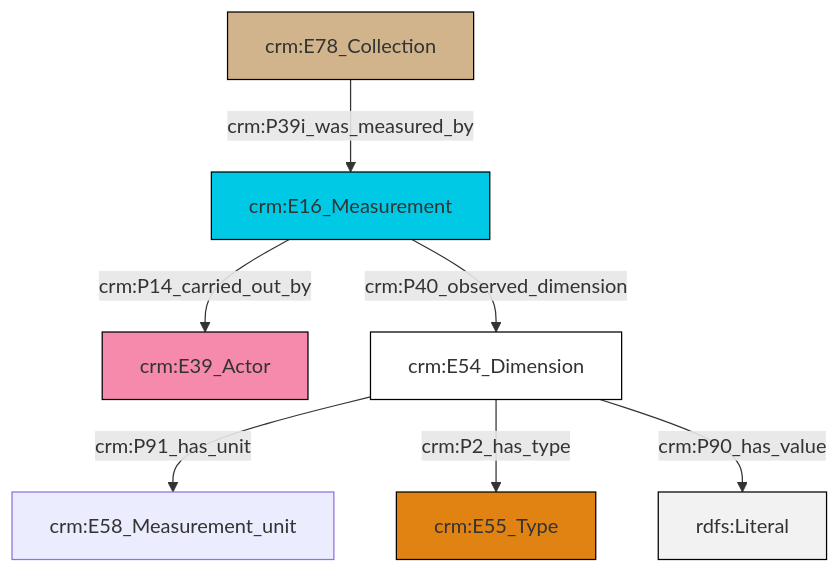
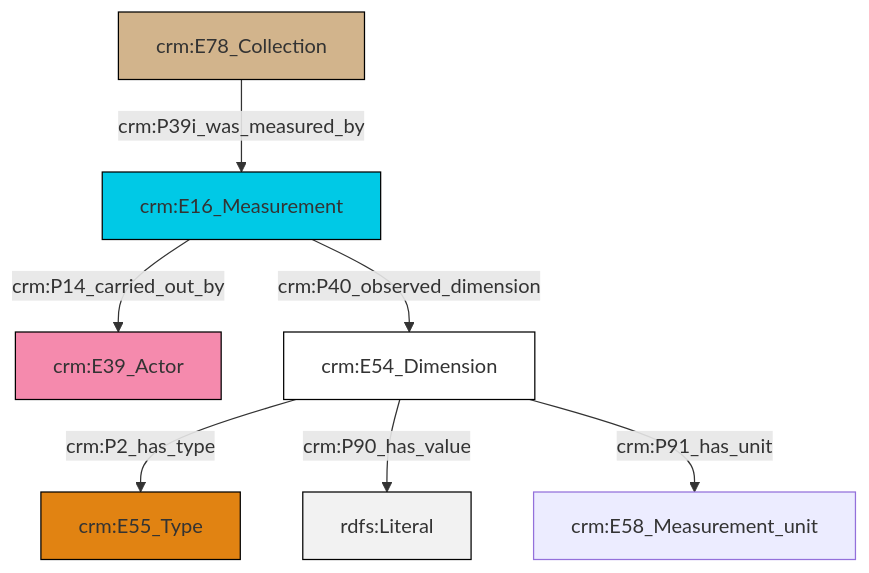
One commit to swiss-art-research-net/docs.swissartresearch changed the diagram in et/archivalCSV/ttl/mmd/archival_substance.ttl.mmd. Above: the diagram before and after it, drawn with Mermaid. The commit also changed 201 other files, not shown here.

```diff
--- a/et/archivalCSV/ttl/mmd/archival_substance.ttl.mmd
+++ b/et/archivalCSV/ttl/mmd/archival_substance.ttl.mmd
@@ -1,21 +1,21 @@
 graph TD
 classDef Literal fill:#f2f2f2,stroke:#000000;
 classDef CRM_Entity fill:#FFFFFF,stroke:#000000;
 classDef Temporal_Entity fill:#00C9E6, stroke:#000000;
 classDef Type fill:#E18312, stroke:#000000;
 classDef Time-Span fill:#2C9C91, stroke:#000000;
 classDef Appellation fill:#FFEB7F, stroke:#000000;
 classDef Place fill:#008836, stroke:#000000;
 classDef Persistent_Item fill:#B266B2, stroke:#000000;
 classDef Conceptual_Object fill:#FFD700, stroke:#000000;
 classDef Physical_Thing fill:#D2B48C, stroke:#000000;
 classDef Actor fill:#f58aad, stroke:#000000;
 classDef PC_Classes fill:#4ce600, stroke:#000000;
 classDef Multi fill:#cccccc,stroke:#000000;
 
-2["crm:E16_Measurement"]:::Temporal_Entity -->|crm:P14_carried_out_by| 0["crm:E39_Actor"]:::Actor
-3["crm:E54_Dimension"]:::CRM_Entity -->|crm:P91_has_unit| 4["crm:E58_Measurement_unit"]:::Default
-3["crm:E54_Dimension"]:::CRM_Entity -->|crm:P2_has_type| 5["crm:E55_Type"]:::Type
-9["crm:E78_Collection"]:::Physical_Thing -->|crm:P39i_was_measured_by| 2["crm:E16_Measurement"]:::Temporal_Entity
-3["crm:E54_Dimension"]:::CRM_Entity -->|crm:P90_has_value| 10[rdfs:Literal]:::Literal
-2["crm:E16_Measurement"]:::Temporal_Entity -->|crm:P40_observed_dimension| 3["crm:E54_Dimension"]:::CRM_Entity
+0["crm:E78_Collection"]:::Physical_Thing -->|crm:P39i_was_measured_by| 1["crm:E16_Measurement"]:::Temporal_Entity
+4["crm:E54_Dimension"]:::CRM_Entity -->|crm:P2_has_type| 5["crm:E55_Type"]:::Type
+4["crm:E54_Dimension"]:::CRM_Entity -->|crm:P90_has_value| 7[rdfs:Literal]:::Literal
+4["crm:E54_Dimension"]:::CRM_Entity -->|crm:P91_has_unit| 9["crm:E58_Measurement_unit"]:::Default
+1["crm:E16_Measurement"]:::Temporal_Entity -->|crm:P14_carried_out_by| 2["crm:E39_Actor"]:::Actor
+1["crm:E16_Measurement"]:::Temporal_Entity -->|crm:P40_observed_dimension| 4["crm:E54_Dimension"]:::CRM_Entity
```
